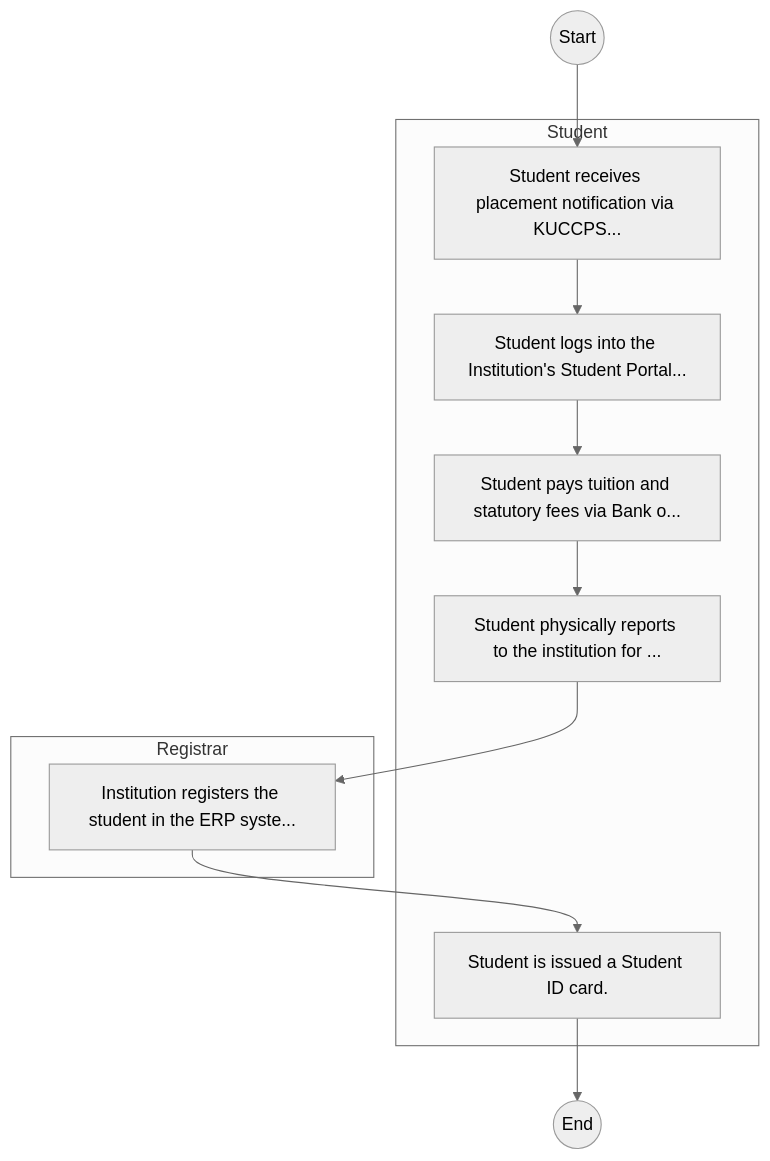
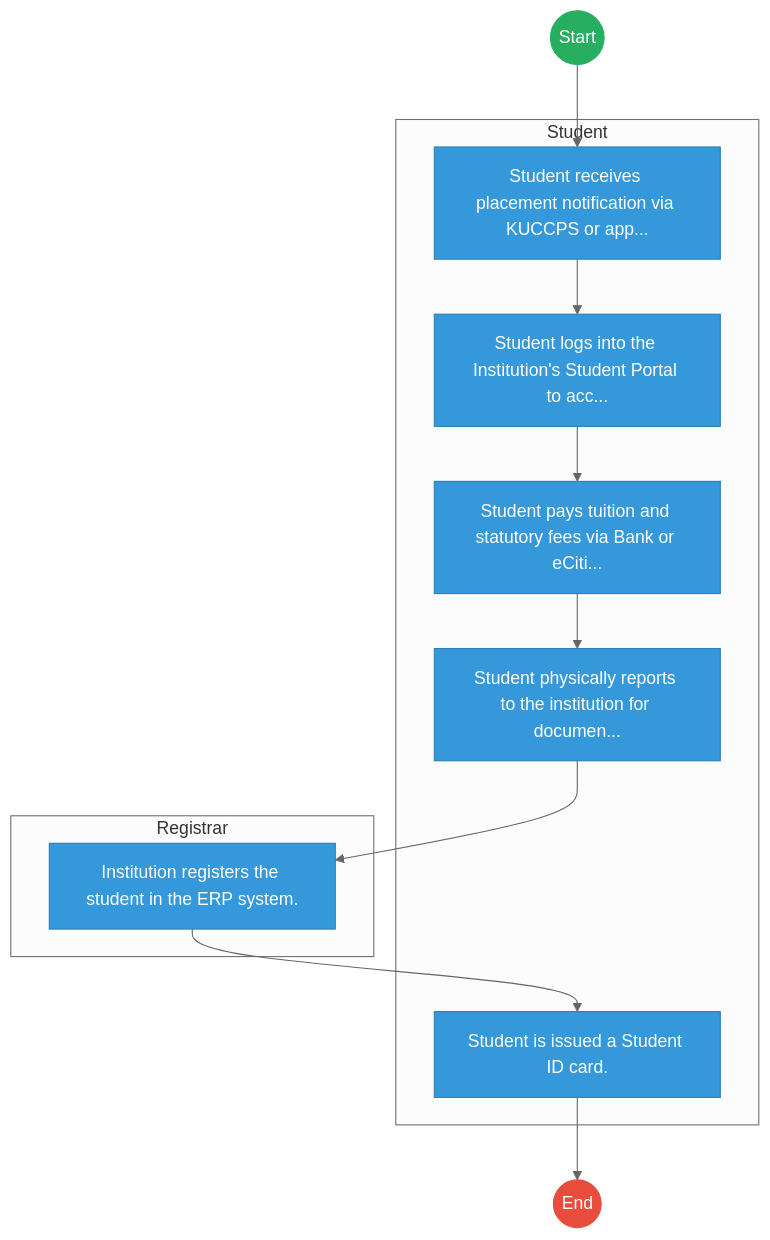
The first of 2 diagrams in mdas/docs_final/Agri_and_Cooperative_Training_and_Consultancy_Services_Limted_subsidary_of_Cooperative_University____Student_Admission.md (BITZ-IT-Consulting-LTD/ictapoc), drawn with Mermaid (neutral theme) before and after one commit. The commit also changed other lines of this file and 461 other files, not shown here.

````diff
--- a/mdas/docs_final/Agri_and_Cooperative_Training_and_Consultancy_Services_Limted_subsidary_of_Cooperative_University____Student_Admission.md
+++ b/mdas/docs_final/Agri_and_Cooperative_Training_and_Consultancy_Services_Limted_subsidary_of_Cooperative_University____Student_Admission.md
@@ -20,20 +20,31 @@
 ```mermaid
 graph TD
     Start((Start)) --> S1
+
     subgraph Student [Student]
-        S1["Student receives placement notification via KUCCPS..."]
-        S2["Student logs into the Institution's Student Portal..."]
-        S3["Student pays tuition and statutory fees via Bank o..."]
-        S4["Student physically reports to the institution for ..."]
+        S1["Student receives placement notification via KUCCPS or app..."]
+        S2["Student logs into the Institution's Student Portal to acc..."]
+        S3["Student pays tuition and statutory fees via Bank or eCiti..."]
+        S4["Student physically reports to the institution for documen..."]
         S6["Student is issued a Student ID card."]
     end
+
     subgraph Registrar [Registrar]
-        S5["Institution registers the student in the ERP syste..."]
+        S5["Institution registers the student in the ERP system."]
     end
     S1 --> S2
     S2 --> S3
     S3 --> S4
     S4 --> S5
     S5 --> S6
     S6 --> End((End))
+
+    classDef start fill:#27ae60,stroke:#27ae60,color:#fff;
+    classDef endNode fill:#e74c3c,stroke:#e74c3c,color:#fff;
+    classDef userTask fill:#3498db,stroke:#2980b9,color:#fff;
+    classDef serviceTask fill:#9b59b6,stroke:#8e44ad,color:#fff;
+
+    class Start start;
+    class End endNode;
+    class S1,S2,S3,S4,S5,S6 userTask;
 ```
````
